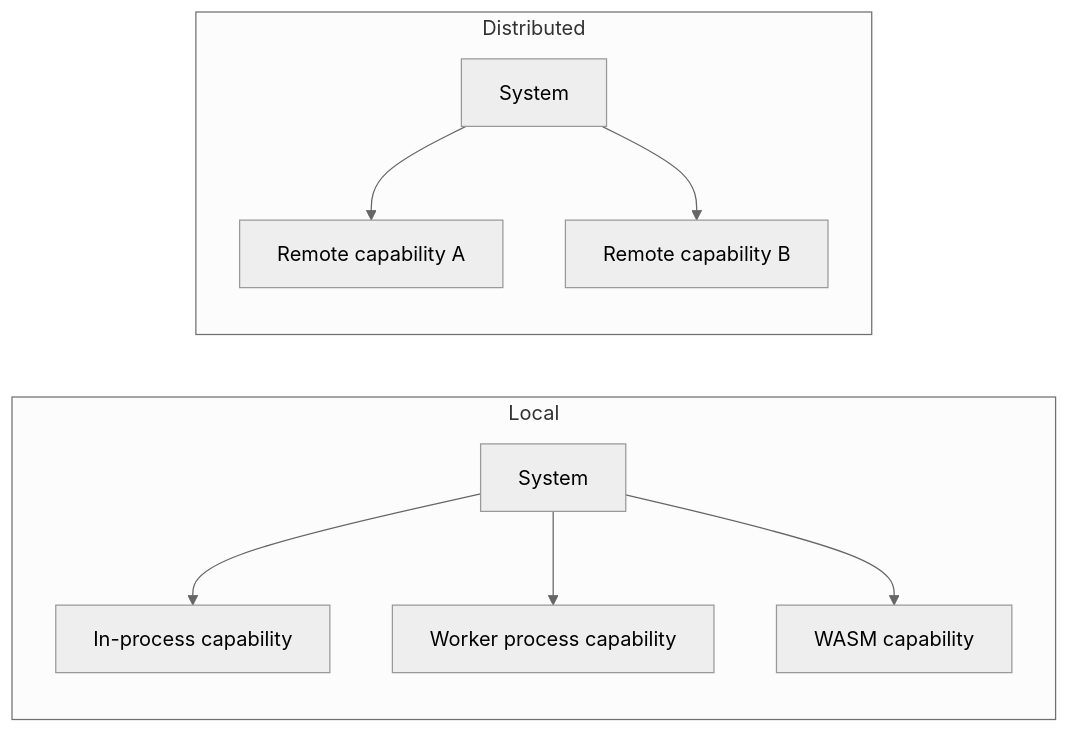
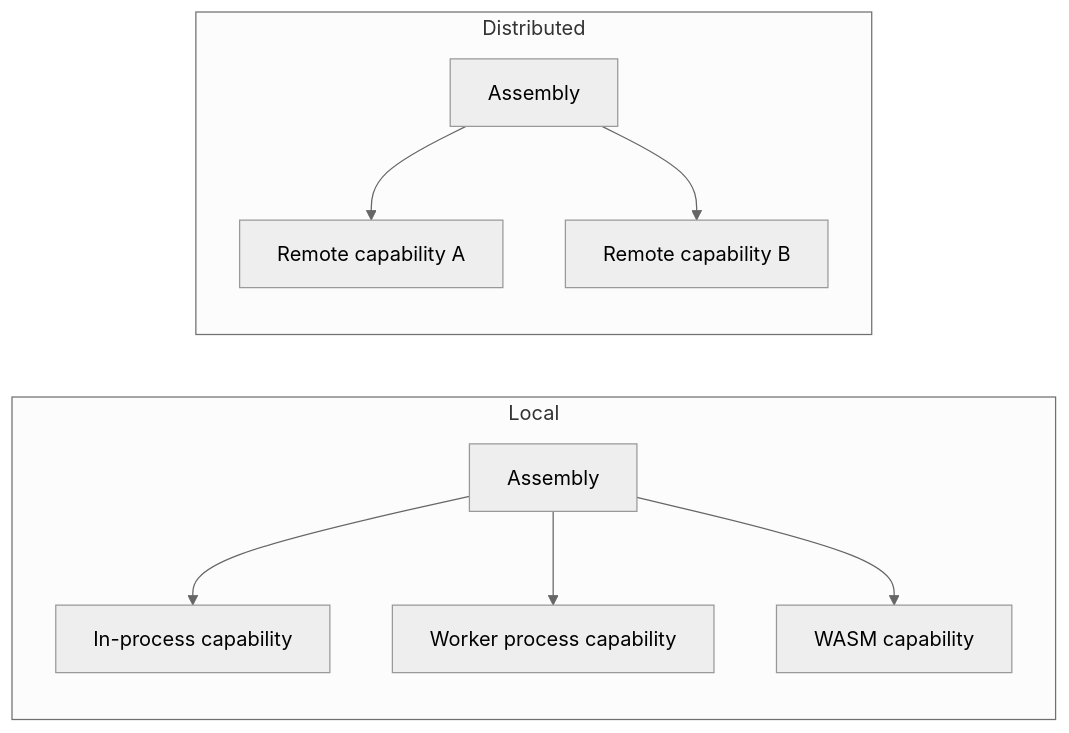
The third of 6 diagrams in README.md (neuron-runtime/neuron), drawn with Mermaid (neutral theme) before and after one commit. The commit also changed other lines of this file and 119 other files, not shown here.

````diff
--- a/README.md
+++ b/README.md
@@ -187,12 +187,12 @@
 ```mermaid
 flowchart LR
     subgraph Local
-        A[System] --> B[In-process capability]
+        A[Assembly] --> B[In-process capability]
         A --> C[Worker process capability]
         A --> D[WASM capability]
     end
     subgraph Distributed
-        E[System] --> F[Remote capability A]
+        E[Assembly] --> F[Remote capability A]
         E --> G[Remote capability B]
     end
 ```
````
